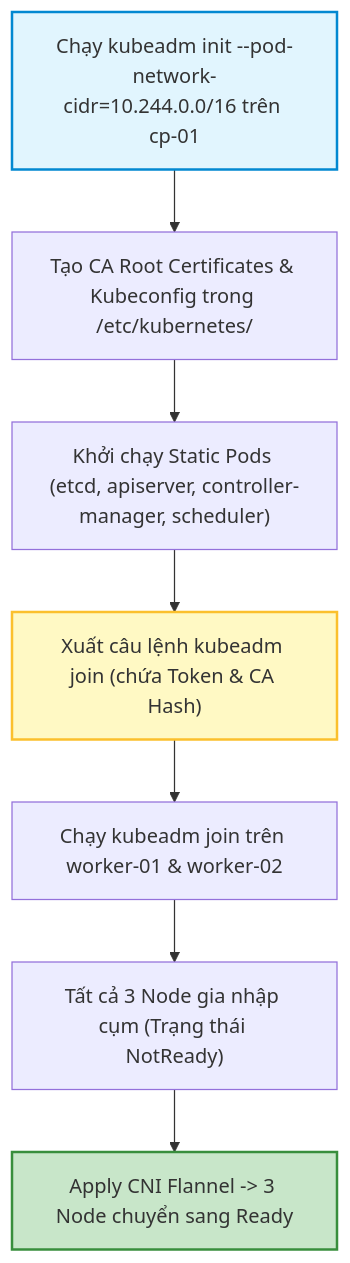
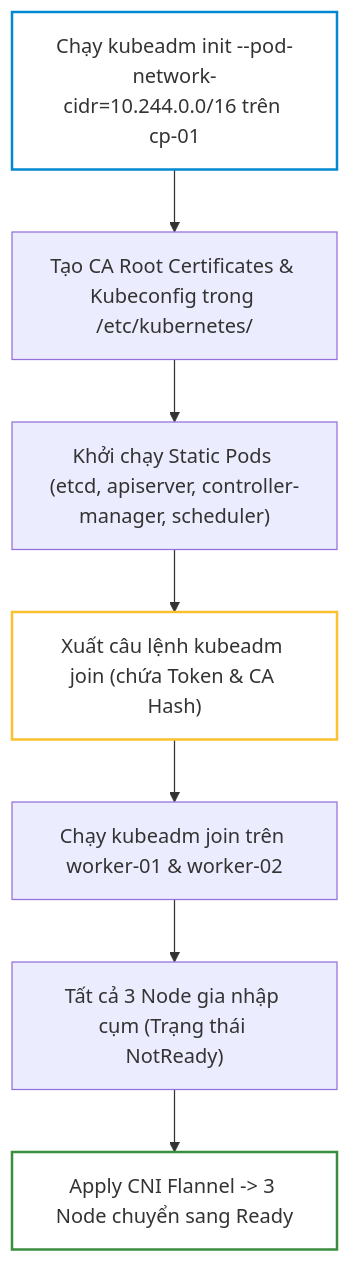
The first of 3 diagrams in _posts/2026-09-12-cka-06-06-kubeadm-dung-cum-tu-so-0.md (kiennt308/ntk), drawn with Mermaid before and after one commit. The commit also changed other lines of this file and 207 other files, not shown here.

Commit message:
feat(posts): batch standardize all 208 posts with TL;DR, qa-card accordion, fill:none mermaid, and liquid raw wrappers

````diff
--- a/_posts/2026-09-12-cka-06-06-kubeadm-dung-cum-tu-so-0.md
+++ b/_posts/2026-09-12-cka-06-06-kubeadm-dung-cum-tu-so-0.md
@@ -210,13 +214,13 @@
 ```mermaid
 graph TD
     A["Chạy kubeadm init --pod-network-cidr=10.244.0.0/16 trên cp-01"] --> B["Tạo CA Root Certificates & Kubeconfig trong /etc/kubernetes/"]
     B --> C["Khởi chạy Static Pods (etcd, apiserver, controller-manager, scheduler)"]
     C --> D["Xuất câu lệnh kubeadm join (chứa Token & CA Hash)"]
     D --> E["Chạy kubeadm join trên worker-01 & worker-02"]
     E --> F["Tất cả 3 Node gia nhập cụm (Trạng thái NotReady)"]
     F --> G["Apply CNI Flannel -> 3 Node chuyển sang Ready"]
 
-    style A fill:#e1f5fe,stroke:#0288d1,stroke-width:2px
-    style D fill:#fff9c4,stroke:#fbc02d,stroke-width:2px
-    style G fill:#c8e6c9,stroke:#388e3c,stroke-width:2px
+    style A fill:none,stroke:#0288d1,stroke-width:2px
+    style D fill:none,stroke:#fbc02d,stroke-width:2px
+    style G fill:none,stroke:#388e3c,stroke-width:2px
 ```
````
